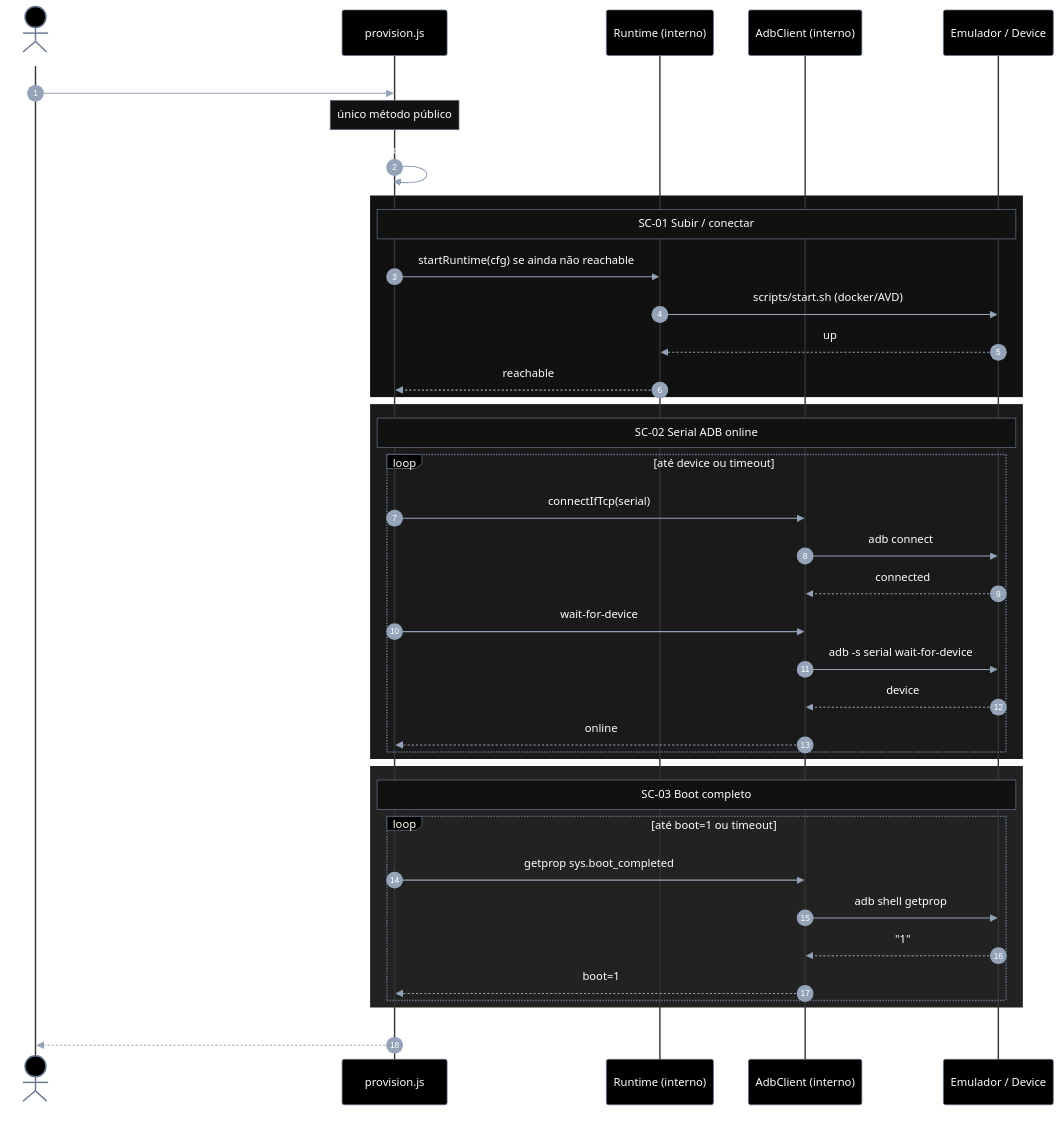
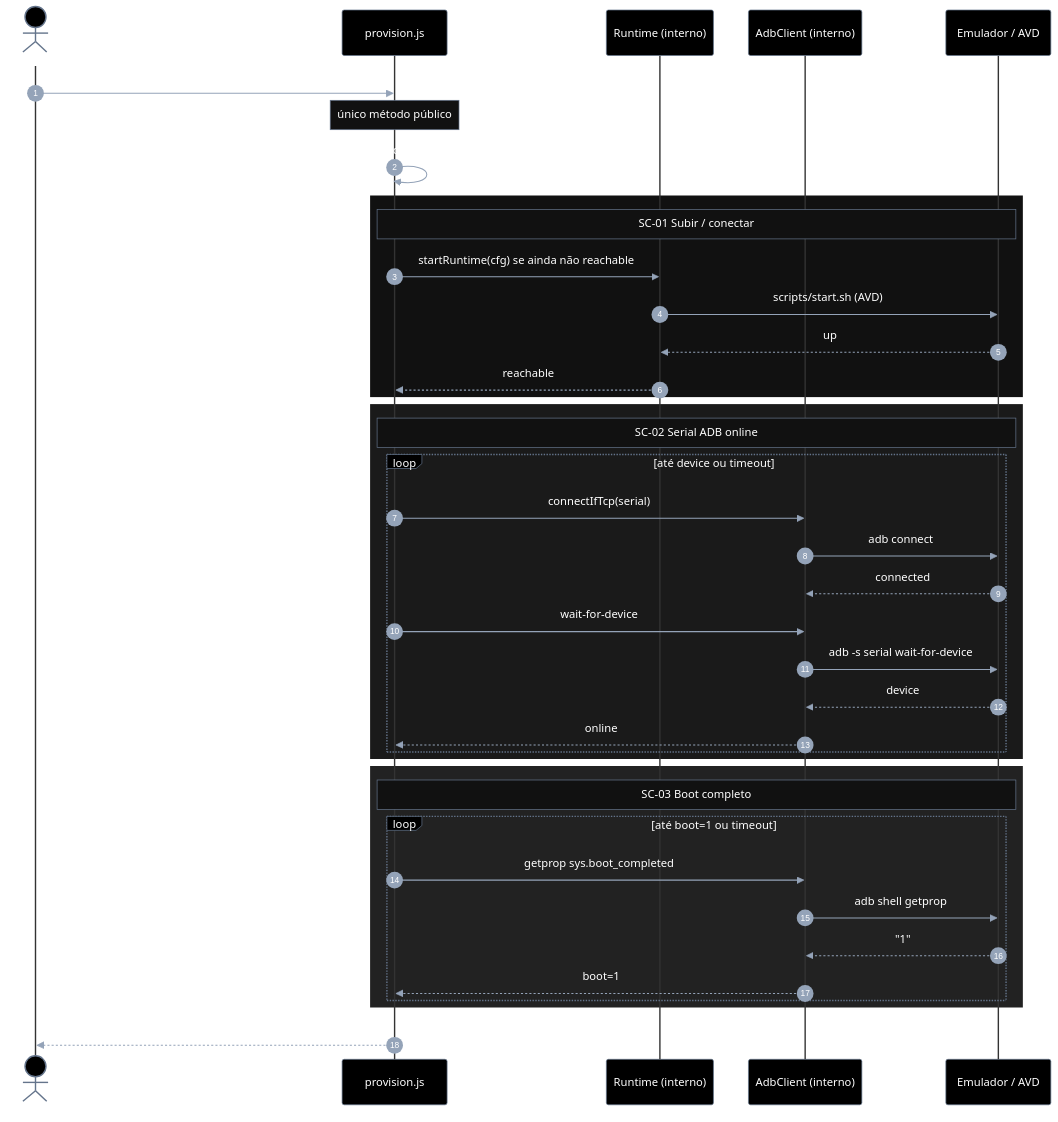
The first of 2 diagrams in screen-robot/implementation-plan/EP-01-provisionar-agente.md (laerciogermano/workstation), drawn with Mermaid before and after one commit. The commit also changed other lines of this file and 17 other files, not shown here.

```diff
--- a/screen-robot/implementation-plan/EP-01-provisionar-agente.md
+++ b/screen-robot/implementation-plan/EP-01-provisionar-agente.md
@@ -161,7 +180,7 @@
   participant Lib as provision.js
   participant R as Runtime (interno)
   participant A as AdbClient (interno)
-  participant D as Emulador / Device
+  participant D as Emulador / AVD
 
   Dev->>Lib: provisionEmulator(cfg)
   note over Lib: único método público
@@ -170,7 +189,7 @@
   rect rgb(17,17,17)
     note over Lib,D: SC-01 Subir / conectar
     Lib->>R: startRuntime(cfg) se ainda não reachable
-    R->>D: scripts/start.sh (docker/AVD)
+    R->>D: scripts/start.sh (AVD)
     D-->>R: up
     R-->>Lib: reachable
   end
```
